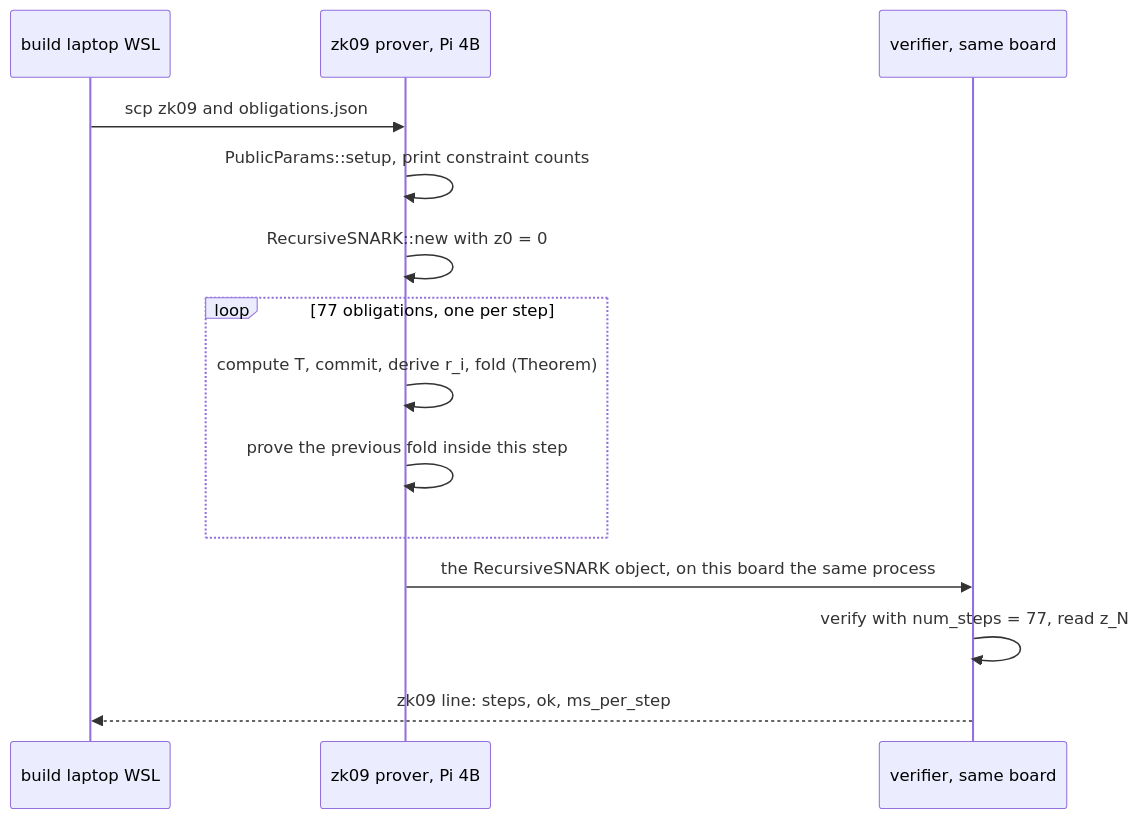
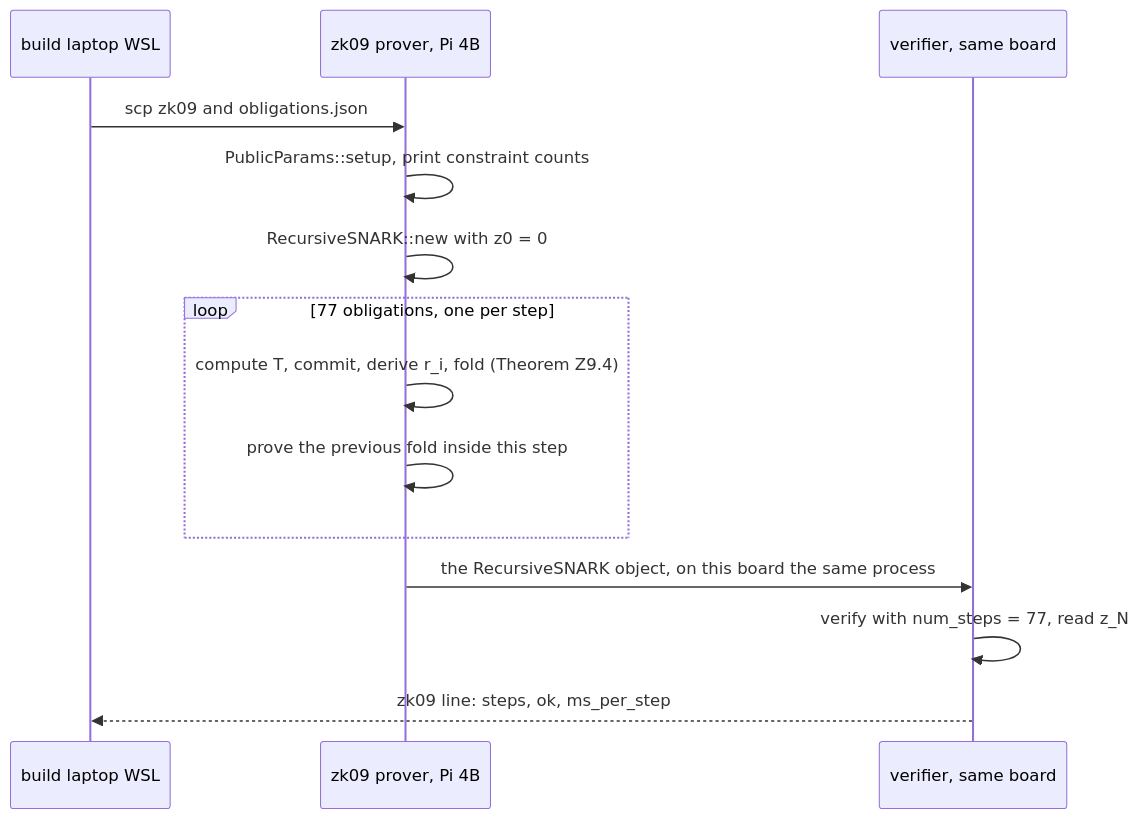
One commit to ambrosiobing/embedded-zkmc changed the first of 2 diagrams in chapters/09-nova-versus-one-shot-folding-on-a-pi.md. Above: the diagram before and after it, drawn with Mermaid. The commit also changed other lines of this file and 25 other files, not shown here.

````diff
--- a/chapters/09-nova-versus-one-shot-folding-on-a-pi.md
+++ b/chapters/09-nova-versus-one-shot-folding-on-a-pi.md
@@ -300,16 +300,16 @@
 ```mermaid
 sequenceDiagram
   participant S as build laptop WSL
   participant P as zk09 prover, Pi 4B
   participant V as verifier, same board
   S->>P: scp zk09 and obligations.json
   P->>P: PublicParams::setup, print constraint counts
   P->>P: RecursiveSNARK::new with z0 = 0
   loop 77 obligations, one per step
-    P->>P: compute T, commit, derive r_i, fold (Theorem)
+    P->>P: compute T, commit, derive r_i, fold (Theorem Z9.4)
     P->>P: prove the previous fold inside this step
   end
   P->>V: the RecursiveSNARK object, on this board the same process
   V->>V: verify with num_steps = 77, read z_N
   V-->>S: zk09 line: steps, ok, ms_per_step
 ```
````
